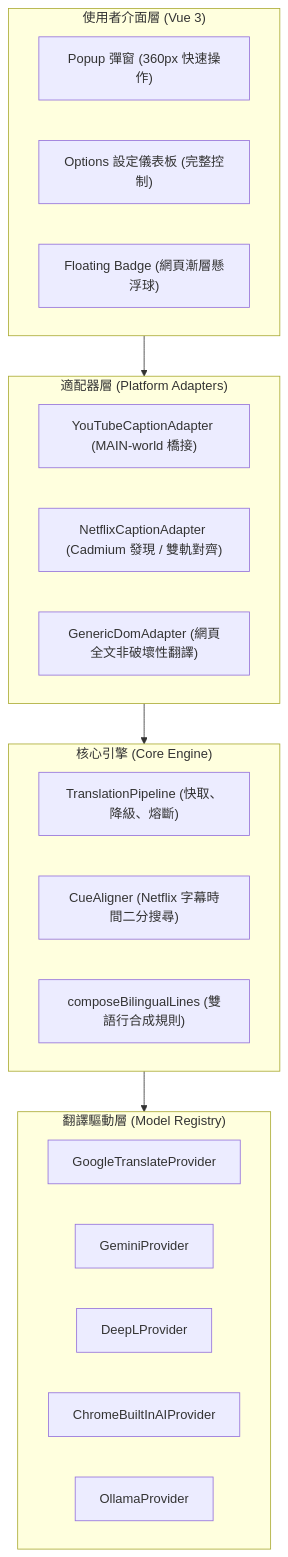
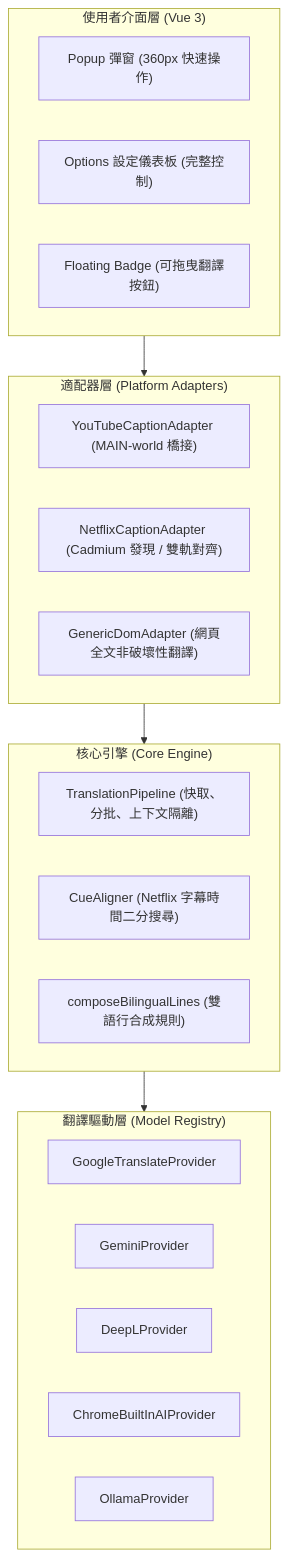
Before and after one commit to RainWu0123/Open-Web-Translate: the diagram in README.md, drawn with Mermaid. The commit also changed other lines of this file and 5 other files, not shown here.

````diff
--- a/README.md
+++ b/README.md
@@ -154,32 +156,32 @@
 ```mermaid
 graph TD
     subgraph UI ["使用者介面層 (Vue 3)"]
         Popup["Popup 彈窗 (360px 快速操作)"]
         Options["Options 設定儀表板 (完整控制)"]
-        Badge["Floating Badge (網頁漸層懸浮球)"]
+        Badge["Floating Badge (可拖曳翻譯按鈕)"]
     end
 
     subgraph Adapters ["適配器層 (Platform Adapters)"]
         YT["YouTubeCaptionAdapter (MAIN-world 橋接)"]
         NF["NetflixCaptionAdapter (Cadmium 發現 / 雙軌對齊)"]
         DOM["GenericDomAdapter (網頁全文非破壞性翻譯)"]
     end
 
     subgraph Core ["核心引擎 (Core Engine)"]
-        Pipeline["TranslationPipeline (快取、降級、熔斷)"]
+        Pipeline["TranslationPipeline (快取、分批、上下文隔離)"]
         Aligner["CueAligner (Netflix 字幕時間二分搜尋)"]
         Lines["composeBilingualLines (雙語行合成規則)"]
     end
 
     subgraph Providers ["翻譯驅動層 (Model Registry)"]
         Google["GoogleTranslateProvider"]
         Gemini["GeminiProvider"]
         DeepL["DeepLProvider"]
         ChromeAI["ChromeBuiltInAIProvider"]
         Ollama["OllamaProvider"]
     end
 
     UI --> Adapters
     Adapters --> Core
     Core --> Providers
 ```
````
